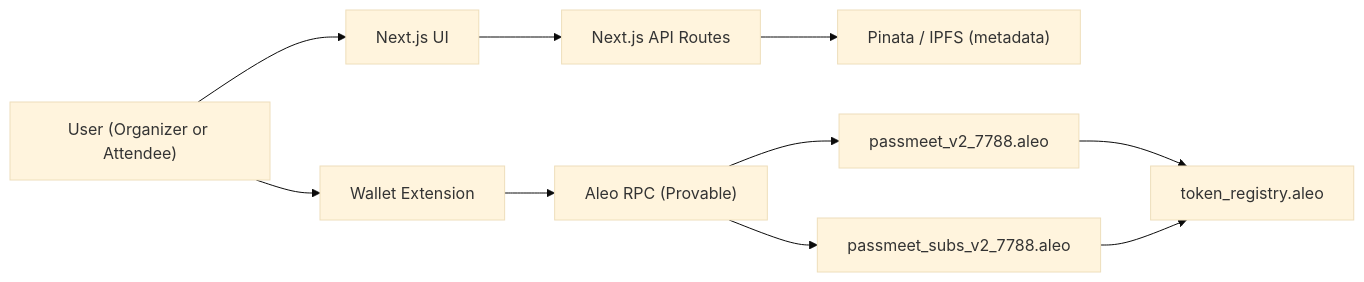
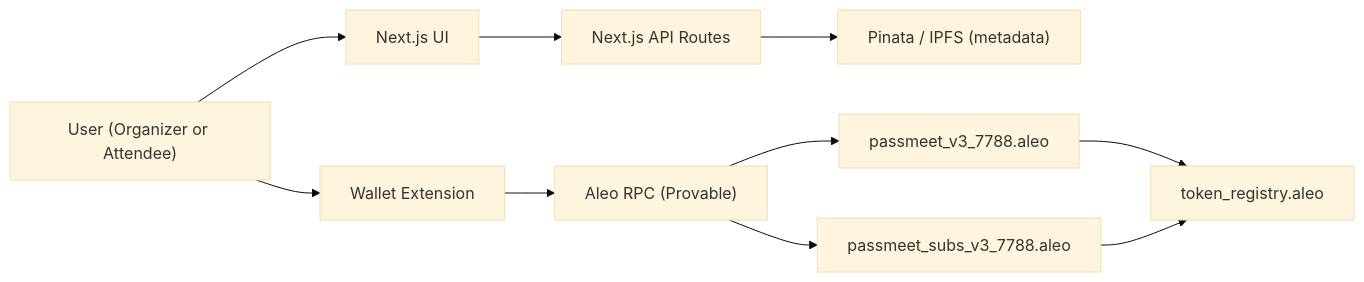
Before and after one commit to gokudragoo/PassMeet: the diagram in README.md, drawn with Mermaid (base theme). The commit also changed other lines of this file and 16 other files, not shown here.

````diff
--- a/README.md
+++ b/README.md
@@ -64,12 +65,12 @@
 ```mermaid
 flowchart LR
   U["User (Organizer or Attendee)"] --> W["Wallet Extension"]
   U --> UI["Next.js UI"]
   UI --> API["Next.js API Routes"]
   API --> IPFS["Pinata / IPFS (metadata)"]
   W --> RPC["Aleo RPC (Provable)"]
-  RPC --> A1["passmeet_v2_7788.aleo"]
-  RPC --> A2["passmeet_subs_v2_7788.aleo"]
+  RPC --> A1["passmeet_v3_7788.aleo"]
+  RPC --> A2["passmeet_subs_v3_7788.aleo"]
   A1 --> TR["token_registry.aleo"]
   A2 --> TR
 ```
````
